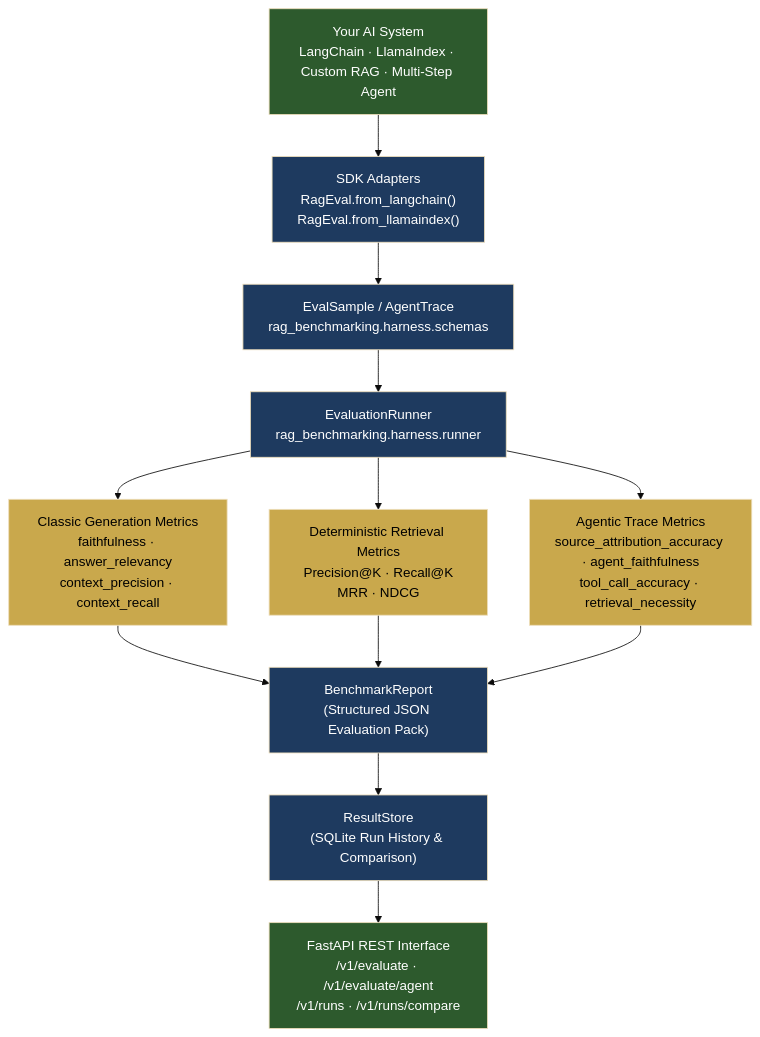
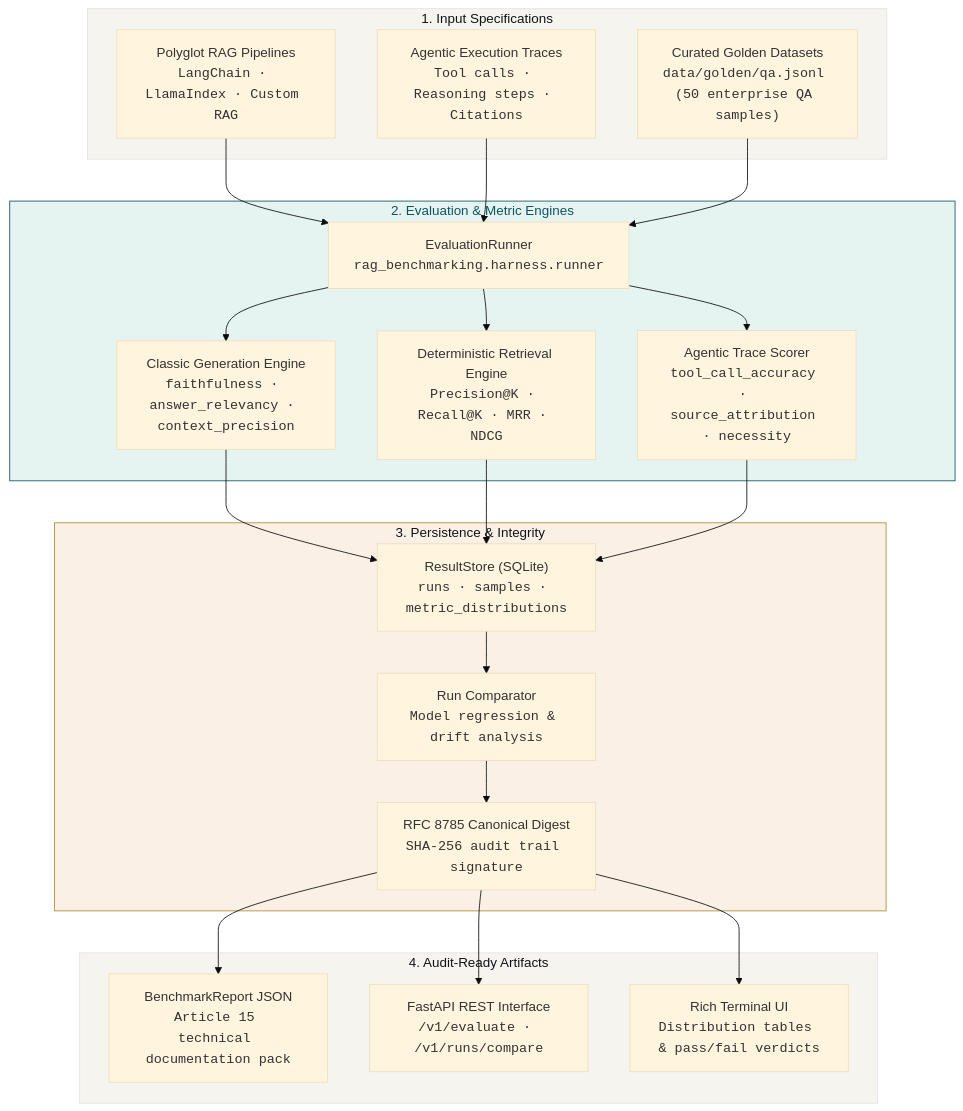
One commit to aiexponent/rag-benchmarking changed the first of 3 diagrams in README.md. Above: the diagram before and after it, drawn with Mermaid (base theme). The commit also changed other lines of this file and 2 other files, not shown here.

Commit message:
docs(brand): align README and hero banner with enterprise standard (LitmusAI & RiskForge parity)

````diff
--- a/README.md
+++ b/README.md
@@ -121,35 +143,38 @@
 ```mermaid
-graph TD
-    RAG["Your AI System\nLangChain · LlamaIndex · Custom RAG · Multi-Step Agent"]
-    SDK["SDK Adapters\nRagEval.from_langchain()\nRagEval.from_llamaindex()"]
-    SCHEMA["EvalSample / AgentTrace\nrag_benchmarking.harness.schemas"]
-    RUNNER["EvaluationRunner\nrag_benchmarking.harness.runner"]
+graph TB
+    subgraph Inputs ["1. Input Specifications"]
+        INP1["Polyglot RAG Pipelines<br/><code>LangChain · LlamaIndex · Custom RAG</code>"]
+        INP2["Agentic Execution Traces<br/><code>Tool calls · Reasoning steps · Citations</code>"]
+        INP3["Curated Golden Datasets<br/><code>data/golden/qa.jsonl (50 enterprise QA samples)</code>"]
+    end
 
-    CLASSIC["Classic Generation Metrics\nfaithfulness · answer_relevancy\ncontext_precision · context_recall"]
-    RETRIEVAL["Deterministic Retrieval Metrics\nPrecision@K · Recall@K\nMRR · NDCG"]
-    AGENTIC["Agentic Trace Metrics\nsource_attribution_accuracy · agent_faithfulness\ntool_call_accuracy · retrieval_necessity"]
+    subgraph Core ["2. Evaluation & Metric Engines"]
+        RUN["EvaluationRunner<br/><code>rag_benchmarking.harness.runner</code>"]
+        CLASSIC["Classic Generation Engine<br/><code>faithfulness · answer_relevancy · context_precision</code>"]
+        RETRIEVAL["Deterministic Retrieval Engine<br/><code>Precision@K · Recall@K · MRR · NDCG</code>"]
+        AGENTIC["Agentic Trace Scorer<br/><code>tool_call_accuracy · source_attribution · necessity</code>"]
+    end
 
-    REPORT["BenchmarkReport\n(Structured JSON Evaluation Pack)"]
-    STORE["ResultStore\n(SQLite Run History & Comparison)"]
-    API["FastAPI REST Interface\n/v1/evaluate · /v1/evaluate/agent\n/v1/runs · /v1/runs/compare"]
+    subgraph Integrity ["3. Persistence & Integrity"]
+        STORE["ResultStore (SQLite)<br/><code>runs · samples · metric_distributions</code>"]
+        COMP["Run Comparator<br/><code>Model regression & drift analysis</code>"]
+        HASH["RFC 8785 Canonical Digest<br/><code>SHA-256 audit trail signature</code>"]
+    end
 
-    RAG --> SDK --> SCHEMA --> RUNNER
-    RUNNER --> CLASSIC
-    RUNNER --> RETRIEVAL
-    RUNNER --> AGENTIC
-    CLASSIC --> REPORT
-    RETRIEVAL --> REPORT
-    AGENTIC --> REPORT
-    REPORT --> STORE --> API
+    subgraph Outputs ["4. Audit-Ready Artifacts"]
+        OUT1["BenchmarkReport JSON<br/><code>Article 15 technical documentation pack</code>"]
+        OUT2["FastAPI REST Interface<br/><code>/v1/evaluate · /v1/runs/compare</code>"]
+        OUT3["Rich Terminal UI<br/><code>Distribution tables & pass/fail verdicts</code>"]
+    end
 
-    style RAG fill:#2d5a2d,color:#fff
-    style SDK fill:#1e3a5f,color:#fff
-    style SCHEMA fill:#1e3a5f,color:#fff
-    style RUNNER fill:#1e3a5f,color:#fff
-    style CLASSIC fill:#c9a84c,color:#000
-    style RETRIEVAL fill:#c9a84c,color:#000
-    style AGENTIC fill:#c9a84c,color:#000
-    style REPORT fill:#1e3a5f,color:#fff
-    style STORE fill:#1e3a5f,color:#fff
-    style API fill:#2d5a2d,color:#fff
+    INP1 & INP2 & INP3 --> RUN
+    RUN --> CLASSIC & RETRIEVAL & AGENTIC
+    CLASSIC & RETRIEVAL & AGENTIC --> STORE
+    STORE --> COMP --> HASH
+    HASH --> OUT1 & OUT2 & OUT3
+
+    style Inputs fill:#F5F4EF,stroke:#E4E2DC,color:#0F1419
+    style Core fill:#E6F4F1,stroke:#0D5463,color:#0D5463
+    style Integrity fill:#FAF0E6,stroke:#B68A2E,color:#0F1419
+    style Outputs fill:#F5F4EF,stroke:#E4E2DC,color:#0F1419
 ```
````
